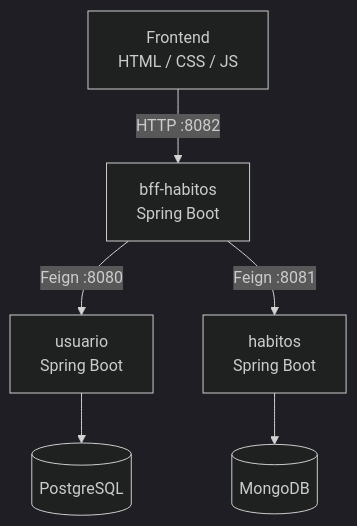
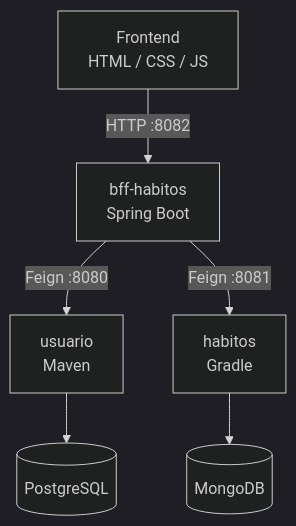
Before and after one commit to rastreador-habitos/.github: the diagram in profile/README.md, drawn with Mermaid (dark theme).

Commit message:
Update README.md to reflect build tools changes

````diff
--- a/profile/README.md
+++ b/profile/README.md
@@ -7,8 +7,8 @@
 ```mermaid
 graph TD
     A[Frontend<br/>HTML / CSS / JS] -->|HTTP :8082| B[bff-habitos<br/>Spring Boot]
-    B -->|Feign :8080| C[usuario<br/>Spring Boot]
-    B -->|Feign :8081| D[habitos<br/>Spring Boot]
+    B -->|Feign :8080| C[usuario<br/>Maven]
+    B -->|Feign :8081| D[habitos<br/>Gradle]
     C --> E[(PostgreSQL)]
     D --> F[(MongoDB)]
 ```
````
